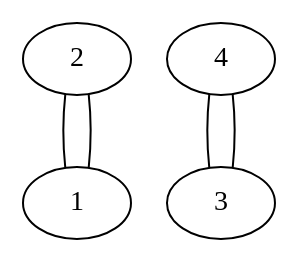
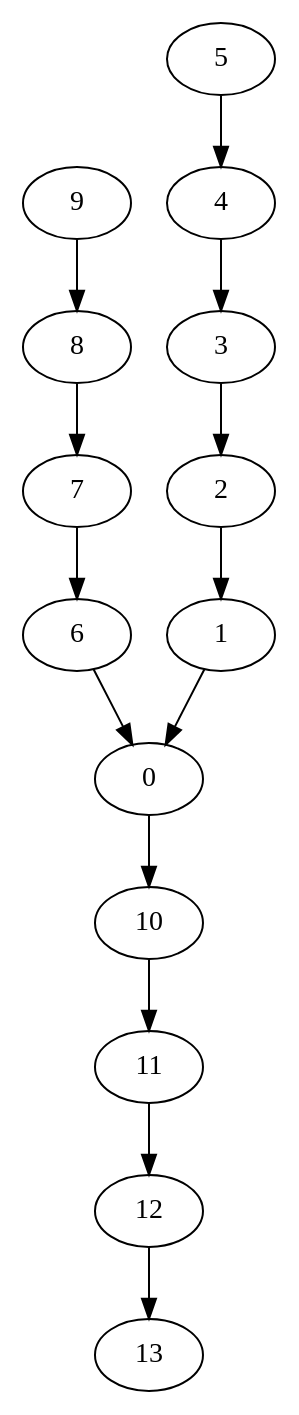
The diagram in grafo.dot (makosear/TrabalhoGrupo_22), drawn with Graphviz before and after one commit. The commit also changed 23 other files, not shown here.

```diff
--- a/grafo.dot
+++ b/grafo.dot
@@ -1,6 +1,16 @@
-graph teste{
-2 -- 1
-4 -- 3
-1 -- 2
-3 -- 4
+digraph grafo {
+4 -> 3
+2 -> 1
+0 -> 10
+8 -> 7
+6 -> 0
+10 -> 11
+12 -> 13
+5 -> 4
+3 -> 2
+1 -> 0
+9 -> 8
+7 -> 6
+11 -> 12
+13
 }
```
